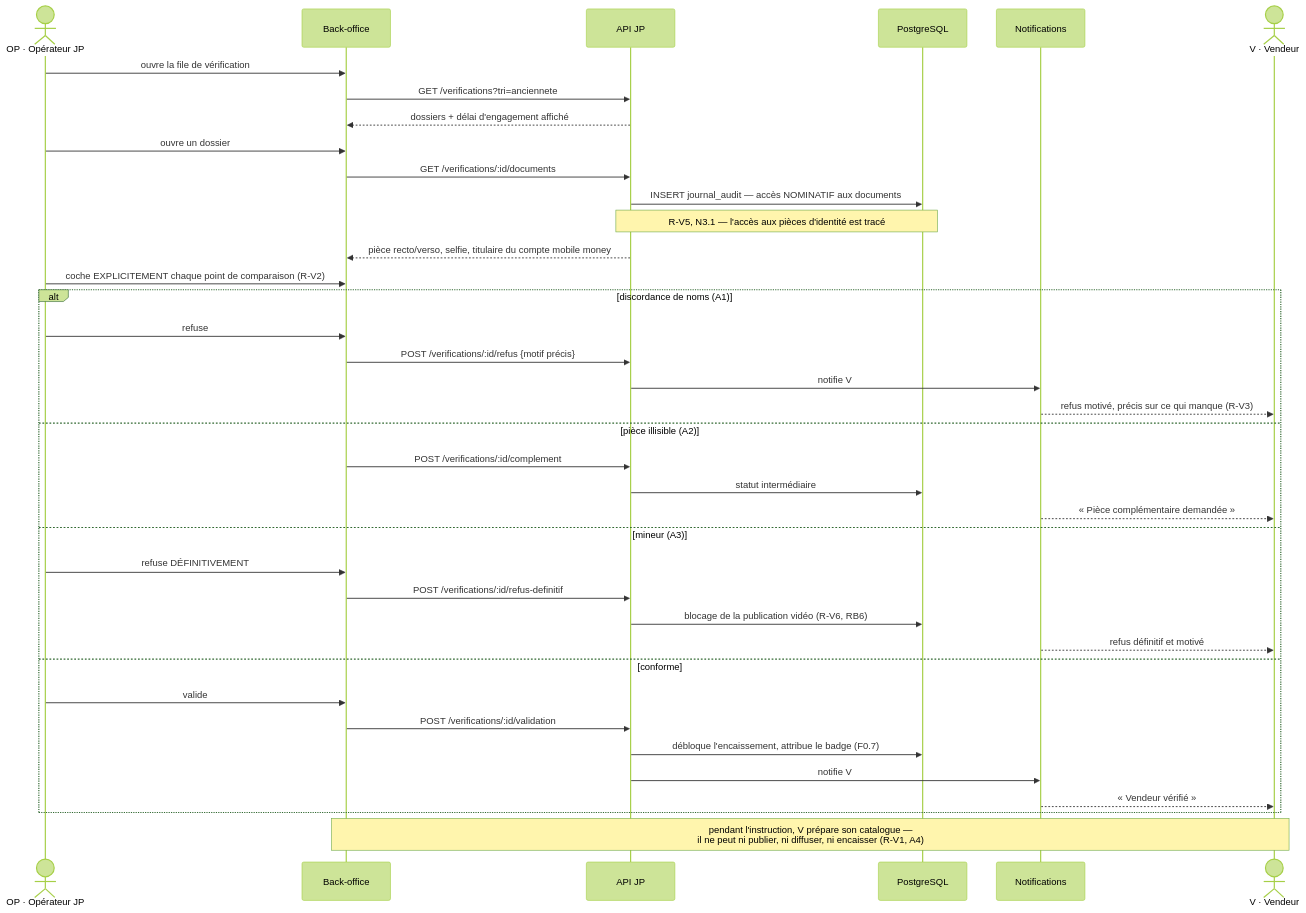
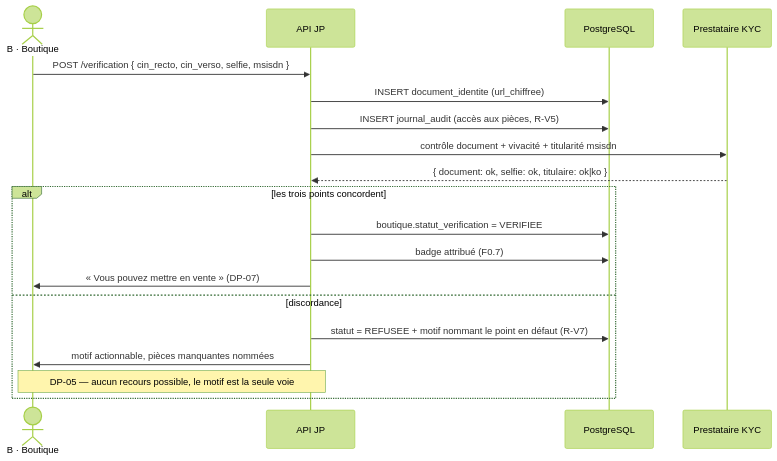
Before and after one commit to andokevin/jp: diagram 15 of 26 in docs/JP_CAS_UTILISATION.md, drawn with Mermaid (forest theme). The commit also changed other lines of this file and 58 other files, not shown here.

````diff
--- a/docs/JP_CAS_UTILISATION.md
+++ b/docs/JP_CAS_UTILISATION.md
@@ -1423,40 +1171,23 @@
 ```mermaid
 sequenceDiagram
-    actor OP as OP · Opérateur JP
-    participant BO as Back-office
+    actor B as B · Boutique
     participant API as API JP
     participant DB as PostgreSQL
-    participant NOT as Notifications
-    actor V as V · Vendeur
-    OP->>BO: ouvre la file de vérification
-    BO->>API: GET /verifications?tri=anciennete
-    API-->>BO: dossiers + délai d'engagement affiché
-    OP->>BO: ouvre un dossier
-    BO->>API: GET /verifications/:id/documents
-    API->>DB: INSERT journal_audit — accès NOMINATIF aux documents
-    Note over API,DB: R-V5, N3.1 — l'accès aux pièces d'identité est tracé
-    API-->>BO: pièce recto/verso, selfie, titulaire du compte mobile money
-    OP->>BO: coche EXPLICITEMENT chaque point de comparaison (R-V2)
-    alt discordance de noms (A1)
-        OP->>BO: refuse
-        BO->>API: POST /verifications/:id/refus {motif précis}
-        API->>NOT: notifie V
-        NOT-->>V: refus motivé, précis sur ce qui manque (R-V3)
-    else pièce illisible (A2)
-        BO->>API: POST /verifications/:id/complement
-        API->>DB: statut intermédiaire
-        NOT-->>V: « Pièce complémentaire demandée »
-    else mineur (A3)
-        OP->>BO: refuse DÉFINITIVEMENT
-        BO->>API: POST /verifications/:id/refus-definitif
-        API->>DB: blocage de la publication vidéo (R-V6, RB6)
-        NOT-->>V: refus définitif et motivé
-    else conforme
-        OP->>BO: valide
-        BO->>API: POST /verifications/:id/validation
-        API->>DB: débloque l'encaissement, attribue le badge (F0.7)
-        API->>NOT: notifie V
-        NOT-->>V: « Vendeur vérifié »
+    participant PSP as Prestataire KYC
+
+    B->>API: POST /verification { cin_recto, cin_verso, selfie, msisdn }
+    API->>DB: INSERT document_identite (url_chiffree)
+    API->>DB: INSERT journal_audit (accès aux pièces, R-V5)
+    API->>PSP: contrôle document + vivacité + titularité msisdn
+    PSP-->>API: { document: ok, selfie: ok, titulaire: ok|ko }
+
+    alt les trois points concordent
+        API->>DB: boutique.statut_verification = VERIFIEE
+        API->>DB: badge attribué (F0.7)
+        API->>B: « Vous pouvez mettre en vente » (DP-07)
+    else discordance
+        API->>DB: statut = REFUSEE + motif nommant le point en défaut (R-V7)
+        API->>B: motif actionnable, pièces manquantes nommées
+        Note over API,B: DP-05 — aucun recours possible, le motif est la seule voie
     end
-    Note over V,BO: pendant l'instruction, V prépare son catalogue —<br/>il ne peut ni publier, ni diffuser, ni encaisser (R-V1, A4)
 ```
````
